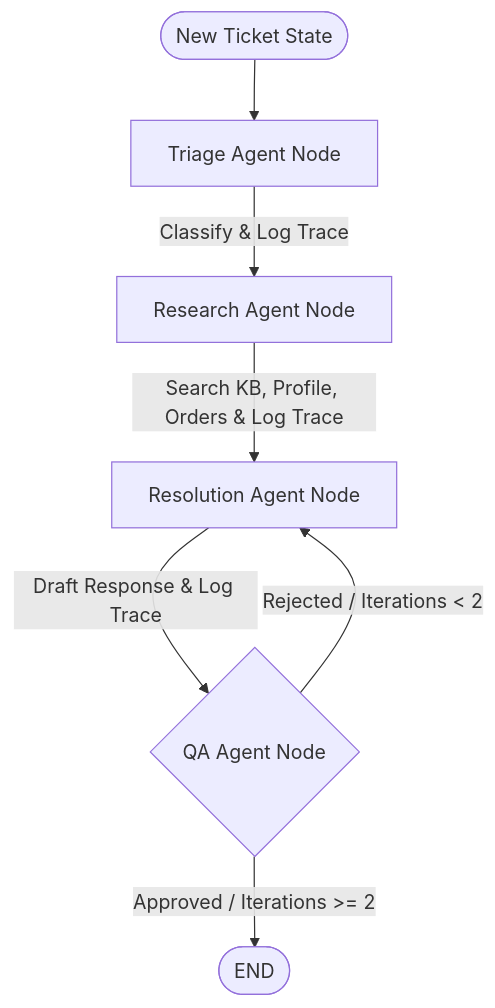
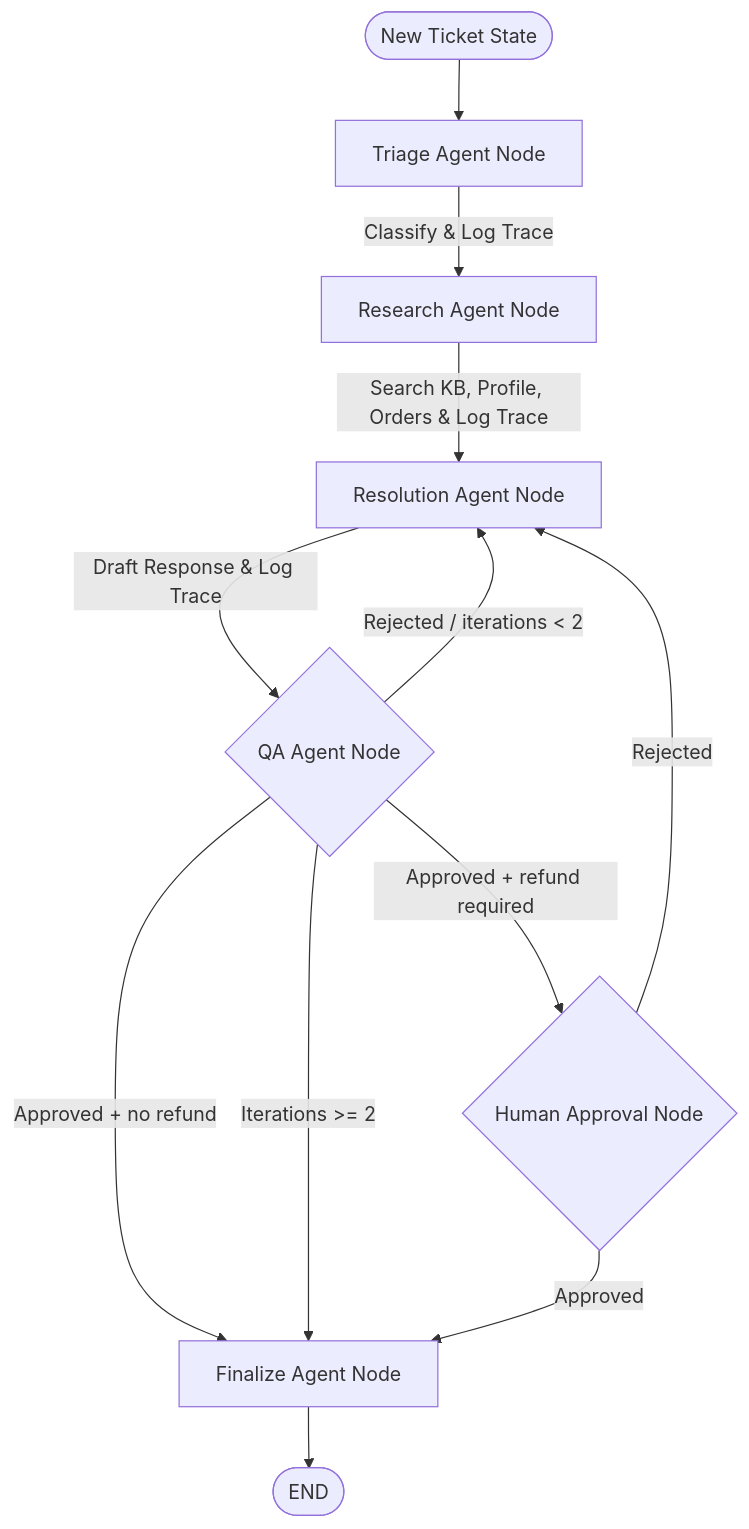
One commit to github-hc/multiagent-ecommerce-support-system changed the diagram in agents/README.md. Above: the diagram before and after it, drawn with Mermaid. The commit also changed other lines of this file and 1 other file, not shown here.

````diff
--- a/agents/README.md
+++ b/agents/README.md
@@ -11,10 +13,16 @@
 ```mermaid
 graph TD
     Start([New Ticket State]) --> Triage[Triage Agent Node]
     Triage -->|Classify & Log Trace| Research[Research Agent Node]
     Research -->|Search KB, Profile, Orders & Log Trace| Resolution[Resolution Agent Node]
     Resolution -->|Draft Response & Log Trace| QA{QA Agent Node}
-    
-    QA -->|Approved / Iterations >= 2| End([END])
-    QA -->|Rejected / Iterations < 2| Resolution
+
+    QA -->|"Approved + no refund"| Finalize[Finalize Agent Node]
+    QA -->|"Approved + refund required"| Human{Human Approval Node}
+    QA -->|"Rejected / iterations < 2"| Resolution
+    QA -->|"Iterations >= 2"| Finalize
+
+    Human -->|"Approved"| Finalize
+    Human -->|"Rejected"| Resolution
+    Finalize --> End([END])
 ```
````
